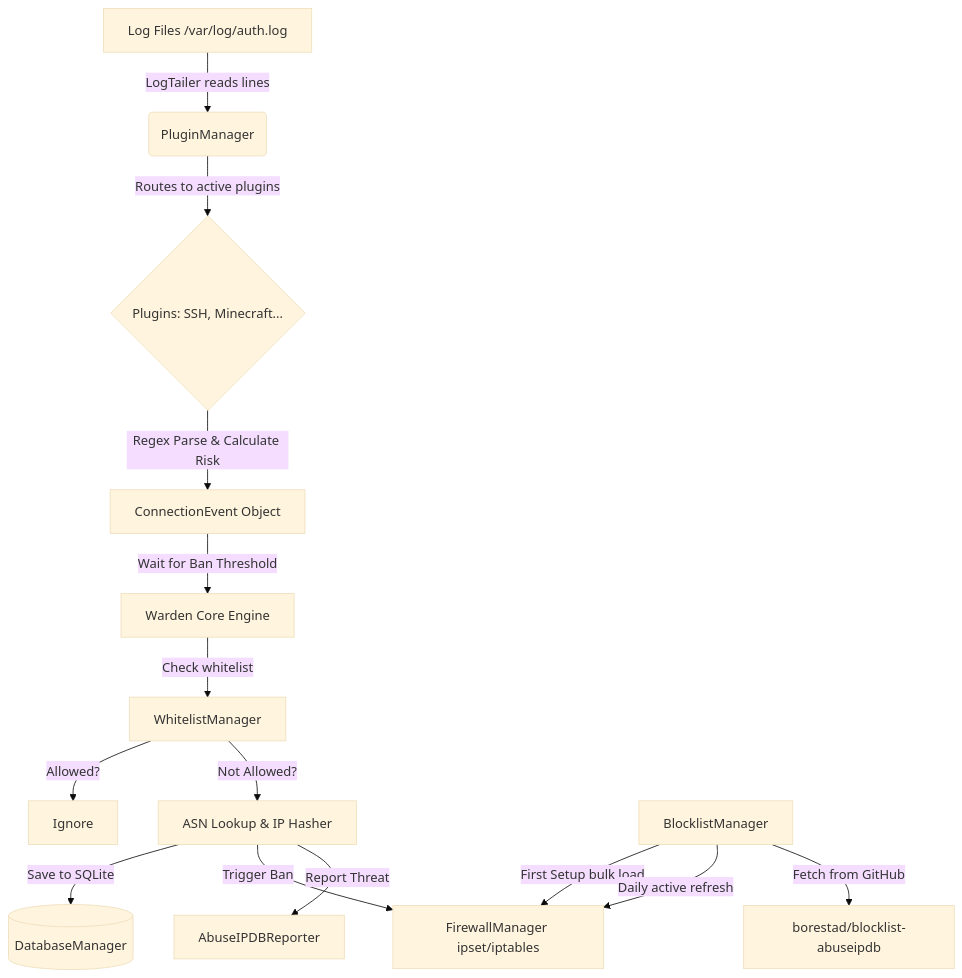
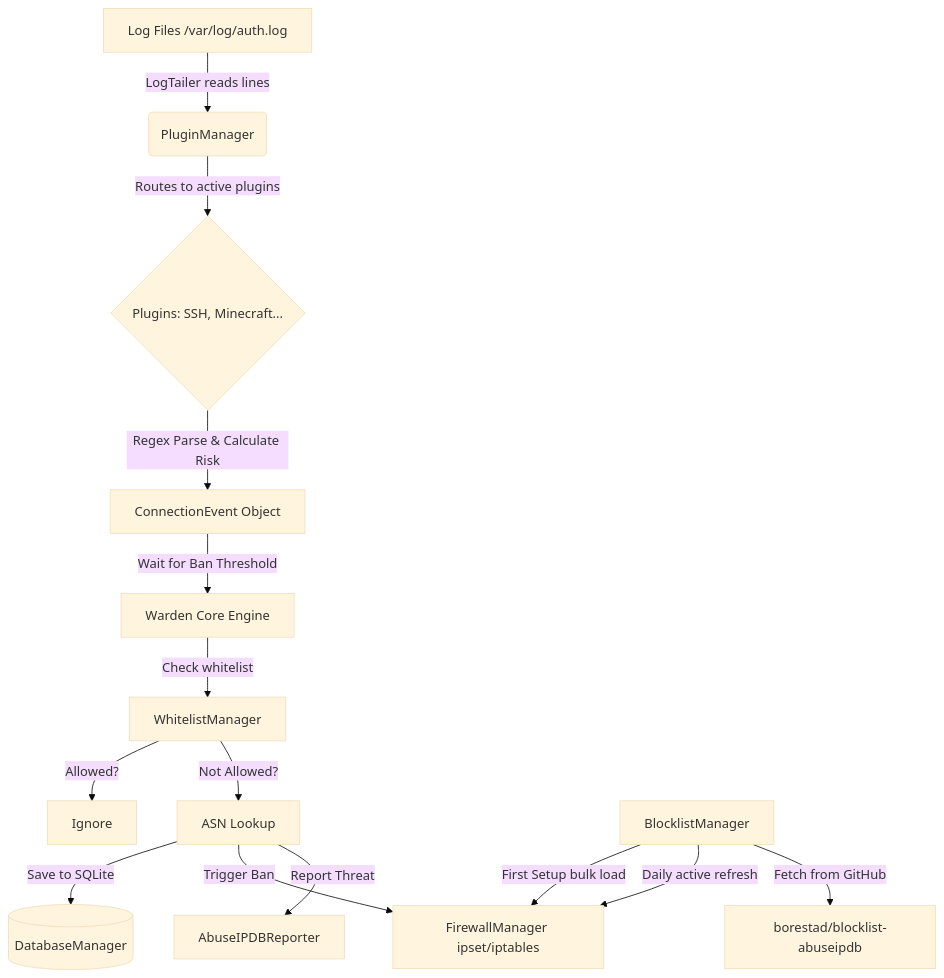
Before and after one commit to msncakma/WardenIPS: the diagram in DEVELOPER_GUIDE.md, drawn with Mermaid (base theme). The commit also changed other lines of this file and 12 other files, not shown here.

````diff
--- a/DEVELOPER_GUIDE.md
+++ b/DEVELOPER_GUIDE.md
@@ -14,19 +14,19 @@
 ```mermaid
 graph TD
     A[Log Files /var/log/auth.log] -->|LogTailer reads lines| B(PluginManager)
     B -->|Routes to active plugins| C{Plugins: SSH, Minecraft...}
     C -->|Regex Parse & Calculate Risk| D[ConnectionEvent Object]
     D -->|Wait for Ban Threshold| E[Warden Core Engine]
     
     E -->|Check whitelist| F[WhitelistManager]
     F -->|Allowed?| G[Ignore]
-    F -->|Not Allowed?| H[ASN Lookup & IP Hasher]
+    F -->|Not Allowed?| H[ASN Lookup]
     
     H -->|Save to SQLite| I[(DatabaseManager)]
     H -->|Trigger Ban| J[FirewallManager ipset/iptables]
     H -->|Report Threat| K[AbuseIPDBReporter]
     
     L[BlocklistManager] -->|First Setup bulk load| J
     L -->|Daily active refresh| J
     L -->|Fetch from GitHub| M[borestad/blocklist-abuseipdb]
 ```
````
